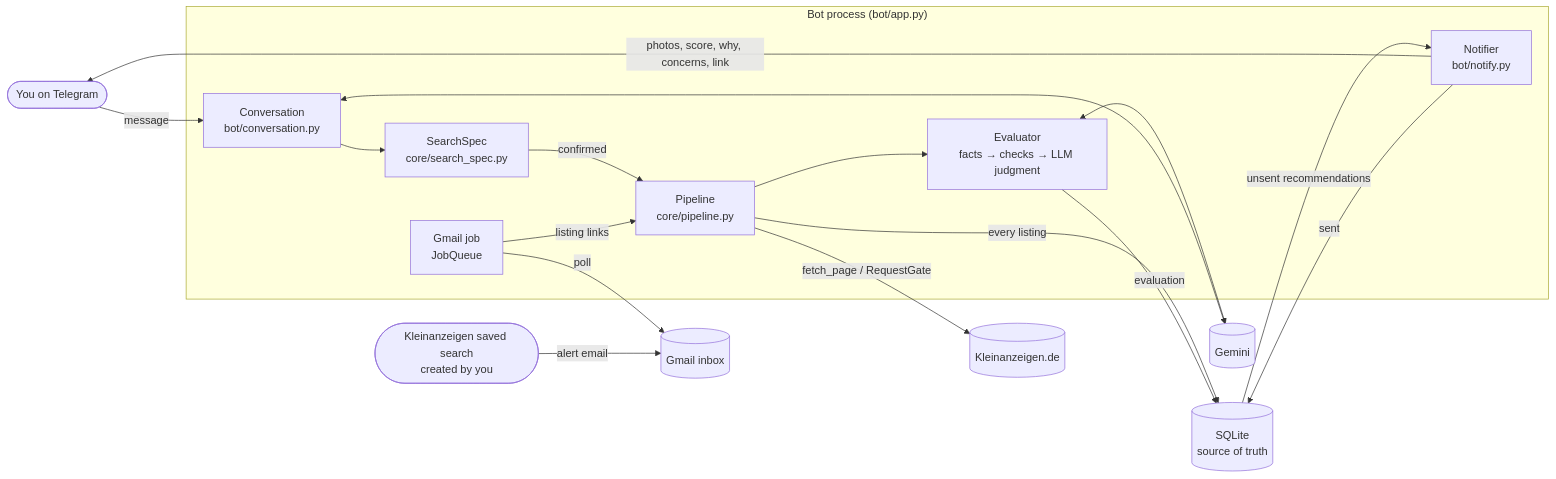
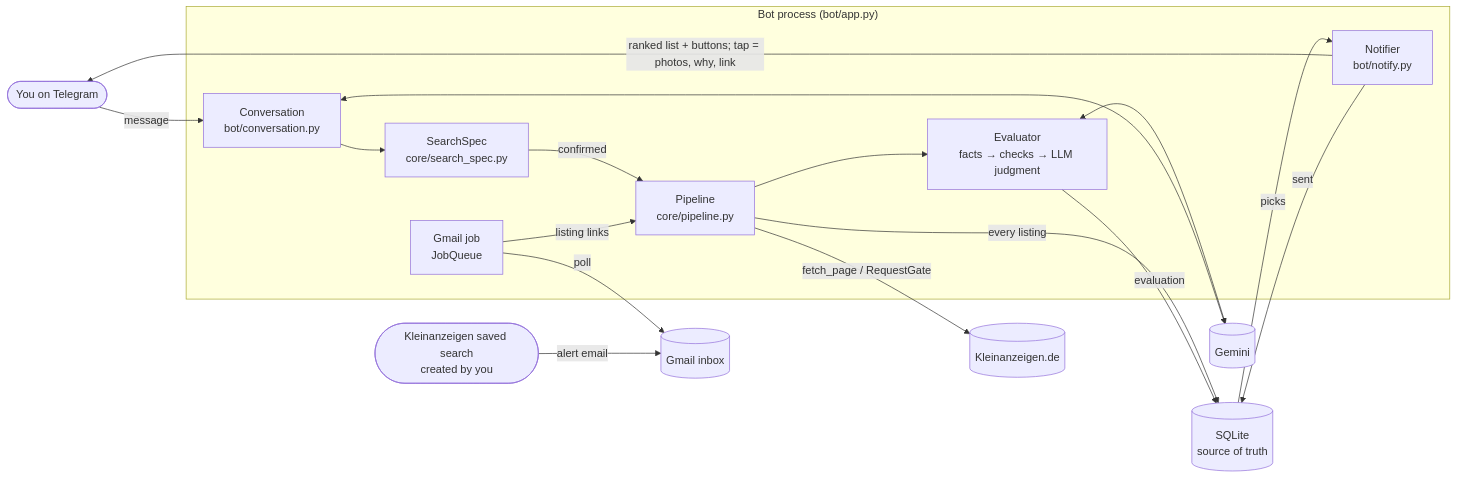
One commit to 5ayyadi/offer-finder changed the diagram in docs/diagrams/overview.md. Above: the diagram before and after it, drawn with Mermaid. The commit also changed 5 other files, not shown here.

Commit message:
Docs: several places, quality guide and tier caps, pick list with offer buttons

````diff
--- a/docs/diagrams/overview.md
+++ b/docs/diagrams/overview.md
@@ -5,34 +5,34 @@
 ```mermaid
 flowchart LR
     user([You on Telegram])
     saved([Kleinanzeigen saved search<br/>created by you])
 
     subgraph bot["Bot process (bot/app.py)"]
         conv["Conversation<br/>bot/conversation.py"]
         spec["SearchSpec<br/>core/search_spec.py"]
         job["Gmail job<br/>JobQueue"]
         pipe["Pipeline<br/>core/pipeline.py"]
         eval["Evaluator<br/>facts → checks → LLM judgment"]
         notify["Notifier<br/>bot/notify.py"]
     end
 
     ka[(Kleinanzeigen.de)]
     gmail[(Gmail inbox)]
     llm[(Gemini)]
     db[(SQLite<br/>source of truth)]
 
     user -- message --> conv --> spec
     spec -- confirmed --> pipe
     saved -- alert email --> gmail
     job -- poll --> gmail
     job -- listing links --> pipe
     pipe -- "fetch_page / RequestGate" --> ka
     pipe -- every listing --> db
     pipe --> eval
     eval <--> llm
     conv <--> llm
     eval -- evaluation --> db
-    db -- unsent recommendations --> notify
-    notify -- photos, score, why, concerns, link --> user
+    db -- picks --> notify
+    notify -- "ranked list + buttons; tap = photos, why, link" --> user
     notify -- sent --> db
 ```
````
